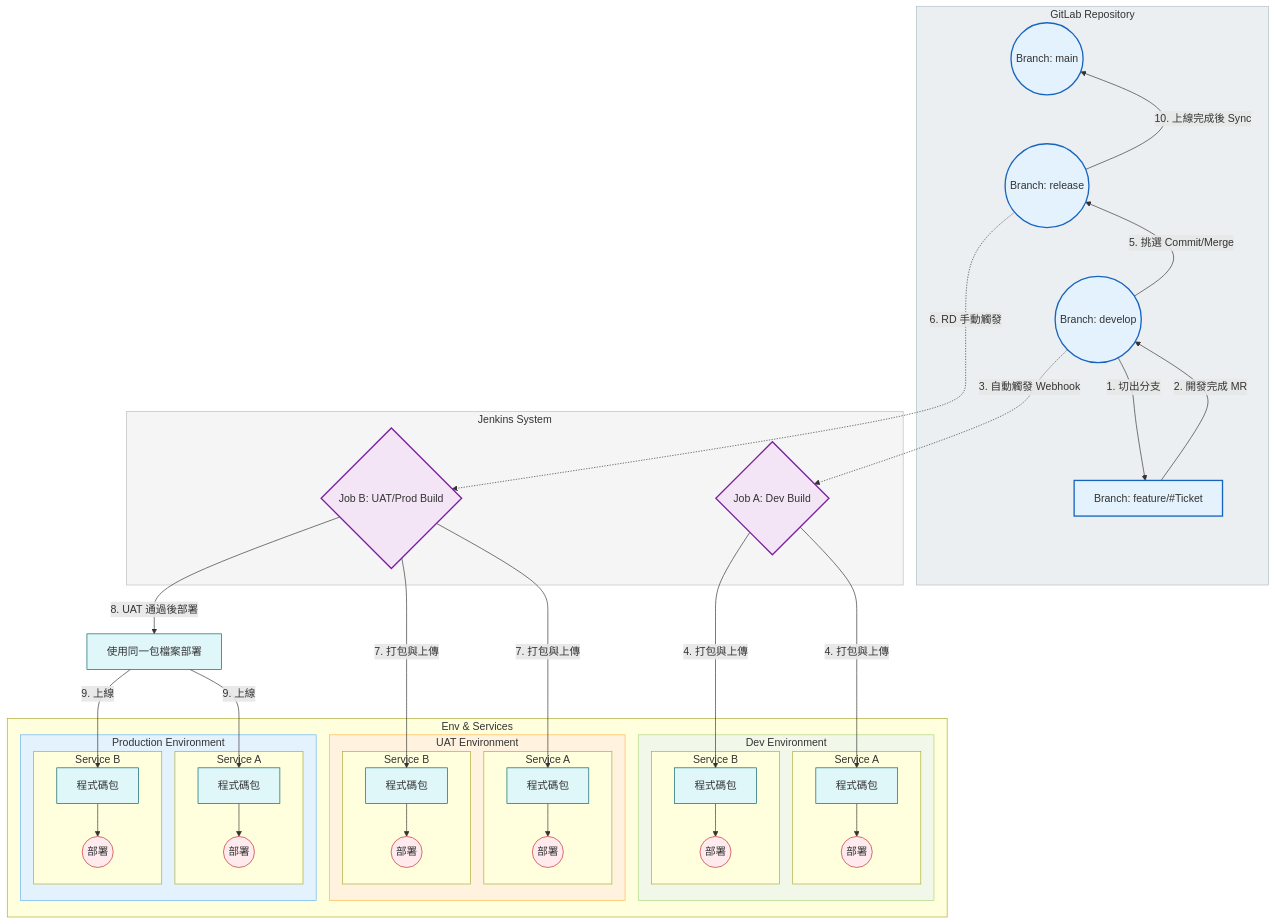
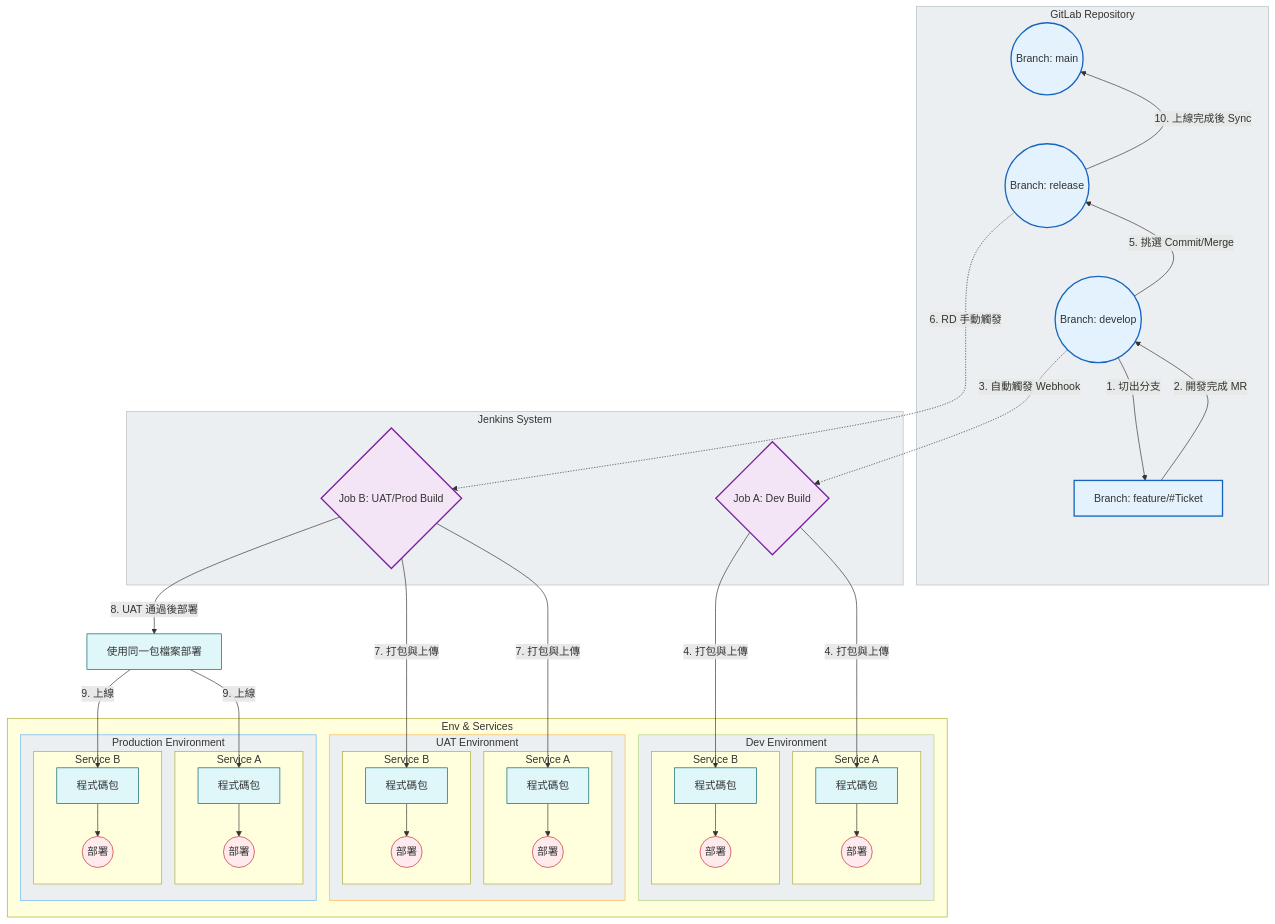
One commit to almightyken0425/KnowledgeVault changed the second of 2 diagrams in SIT/ReleaseWorkFlow.md. Above: the diagram before and after it, drawn with Mermaid.

````diff
--- a/SIT/ReleaseWorkFlow.md
+++ b/SIT/ReleaseWorkFlow.md
@@ -128,8 +128,8 @@
 
     %% Subgraph Styles
     style Git_Repo fill:#ECEFF1,stroke:#B0BEC5,stroke-width:1px
-    style CI_CD fill:#F5F5F5,stroke:#BDBDBD,stroke-width:1px
-    style DevEnv fill:#F1F8E9,stroke:#AED581,stroke-width:1px
-    style UATEnv fill:#FFF3E0,stroke:#FFB74D,stroke-width:1px
-    style ProdEnv fill:#E3F2FD,stroke:#64B5F6,stroke-width:1px
+    style CI_CD fill:#ECEFF1,stroke:#BDBDBD,stroke-width:1px
+    style DevEnv fill:#ECEFF1,stroke:#AED581,stroke-width:1px
+    style UATEnv fill:#ECEFF1,stroke:#FFB74D,stroke-width:1px
+    style ProdEnv fill:#ECEFF1,stroke:#64B5F6,stroke-width:1px
 ```
````
